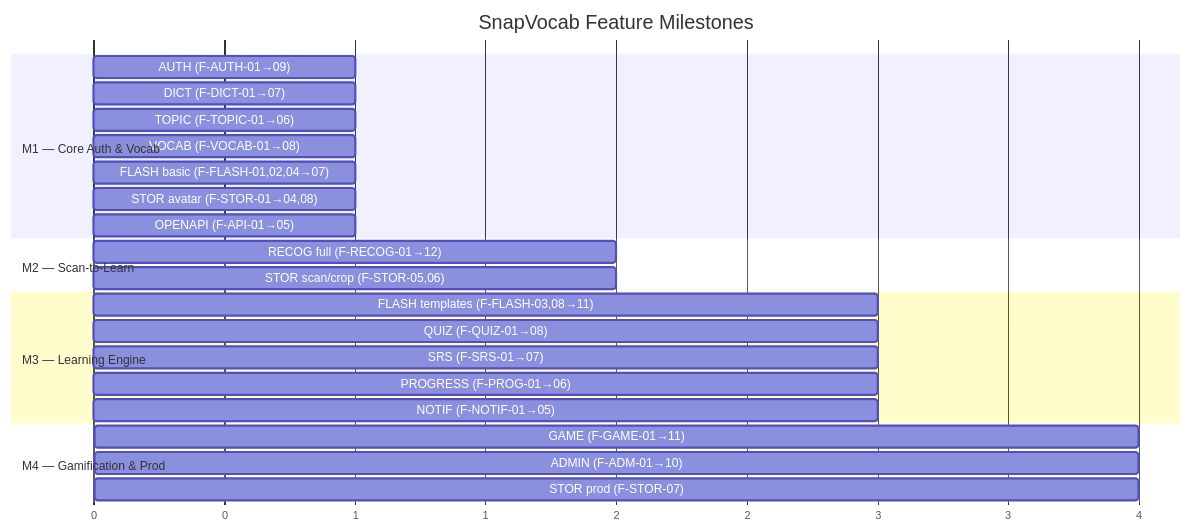
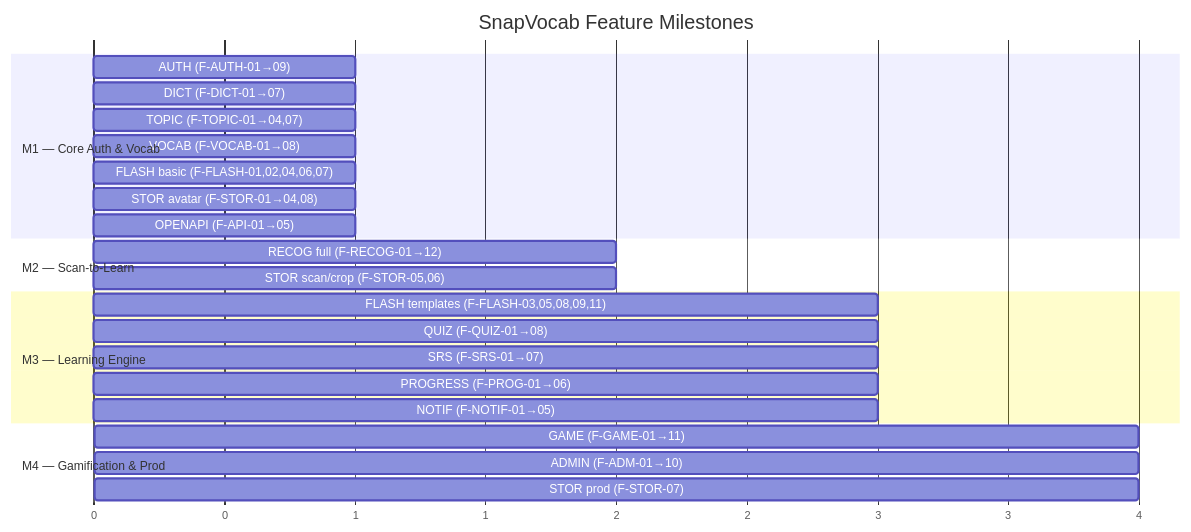
The diagram in spec/phan_ra_tinh_nang.md (SnapVocab/docs), drawn with Mermaid before and after one commit. The commit also changed other lines of this file and 9 other files, not shown here.

````diff
--- a/spec/phan_ra_tinh_nang.md
+++ b/spec/phan_ra_tinh_nang.md
@@ -368,31 +373,31 @@
 ```mermaid
 gantt
     title SnapVocab Feature Milestones
     dateFormat X
     axisFormat %s
 
     section M1 — Core Auth & Vocab
     AUTH (F-AUTH-01→09)           :m1a, 0, 1
     DICT (F-DICT-01→07)          :m1b, 0, 1
-    TOPIC (F-TOPIC-01→06)        :m1c, 0, 1
+    TOPIC (F-TOPIC-01→04,07)     :m1c, 0, 1
     VOCAB (F-VOCAB-01→08)        :m1d, 0, 1
-    FLASH basic (F-FLASH-01,02,04→07) :m1e, 0, 1
+    FLASH basic (F-FLASH-01,02,04,06,07) :m1e, 0, 1
     STOR avatar (F-STOR-01→04,08):m1f, 0, 1
     OPENAPI (F-API-01→05)        :m1g, 0, 1
 
     section M2 — Scan-to-Learn
     RECOG full (F-RECOG-01→12)   :m2a, 1, 2
     STOR scan/crop (F-STOR-05,06):m2b, 1, 2
 
     section M3 — Learning Engine
-    FLASH templates (F-FLASH-03,08→11) :m3a, 2, 3
+    FLASH templates (F-FLASH-03,05,08,09,11) :m3a, 2, 3
     QUIZ (F-QUIZ-01→08)          :m3b, 2, 3
     SRS (F-SRS-01→07)            :m3c, 2, 3
     PROGRESS (F-PROG-01→06)      :m3d, 2, 3
     NOTIF (F-NOTIF-01→05)        :m3e, 2, 3
 
     section M4 — Gamification & Prod
     GAME (F-GAME-01→11)          :m4a, 3, 4
     ADMIN (F-ADM-01→10)          :m4b, 3, 4
     STOR prod (F-STOR-07)        :m4c, 3, 4
 ```
````
